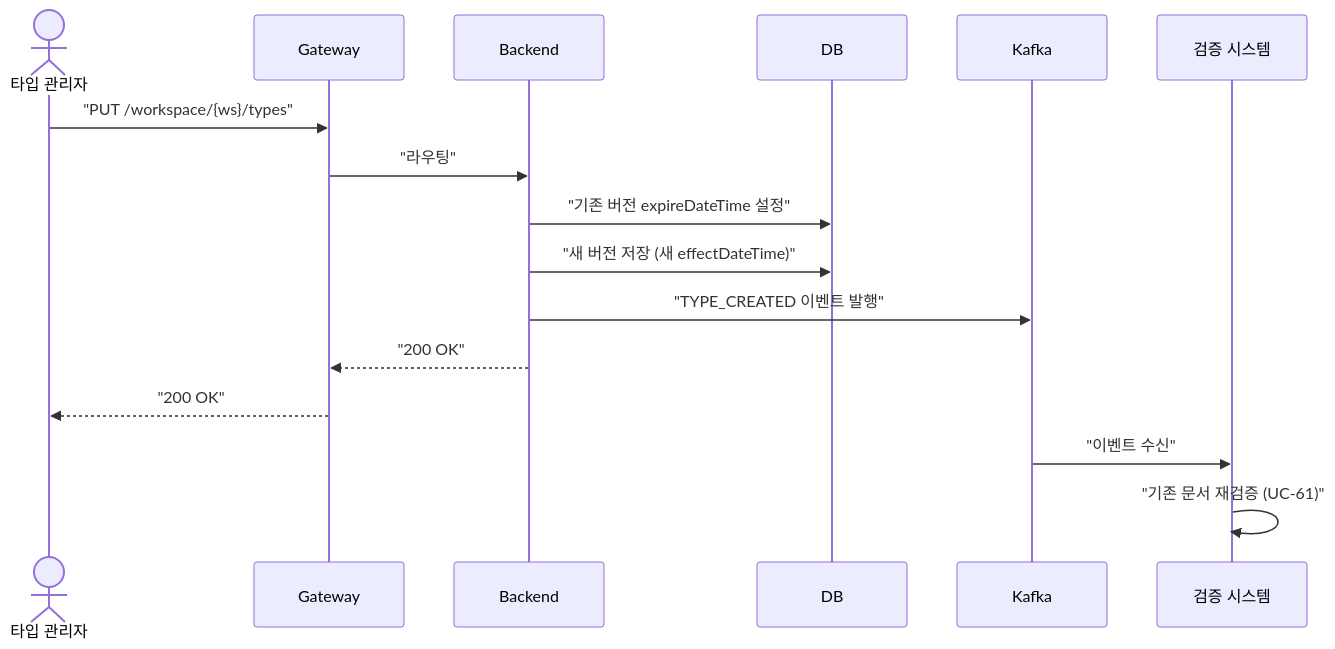
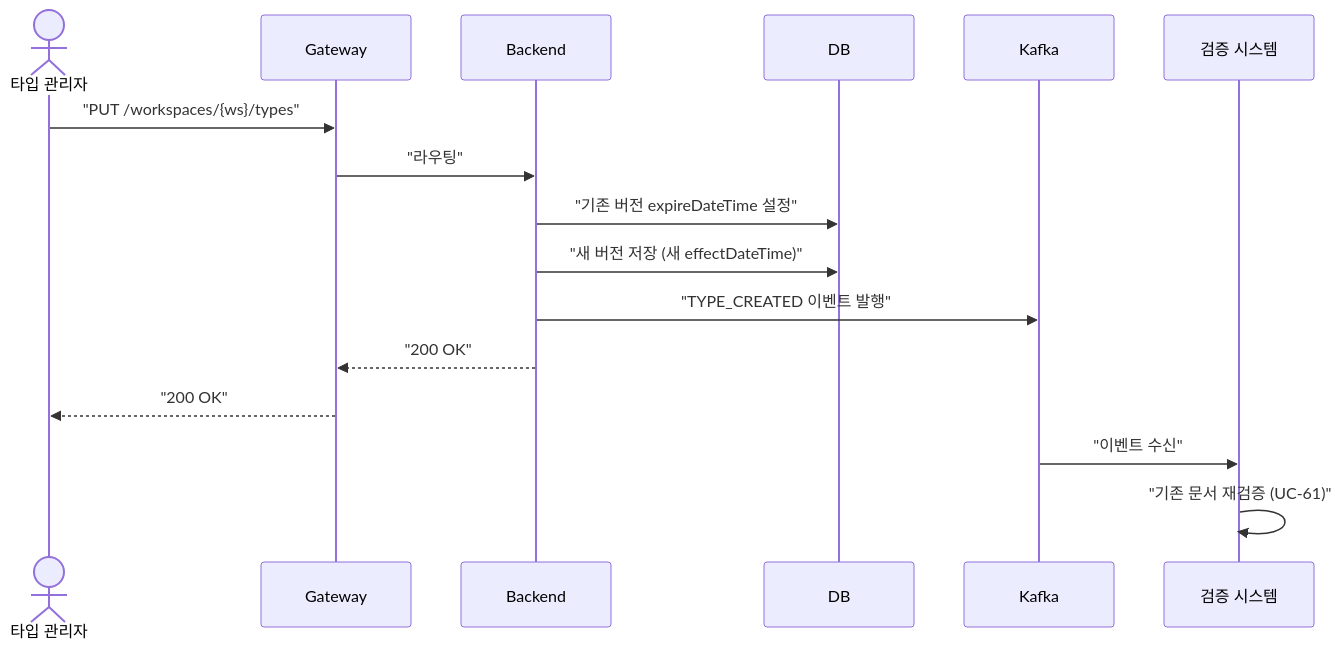
Before and after one commit to sayaya1090/handbook: the tenth of 28 diagrams in docs/usecases.md, drawn with Mermaid. The commit also changed other lines of this file and 58 other files, not shown here.

````diff
--- a/docs/usecases.md
+++ b/docs/usecases.md
@@ -720,19 +720,19 @@
 ```mermaid
 sequenceDiagram
     actor TM as 타입 관리자
     participant GW as Gateway
     participant API as Backend
     participant DB
     participant Kafka
     participant V as 검증 시스템
 
-    TM->>GW: "PUT /workspace/{ws}/types"
+    TM->>GW: "PUT /workspaces/{ws}/types"
     GW->>API: "라우팅"
     API->>DB: "기존 버전 expireDateTime 설정"
     API->>DB: "새 버전 저장 (새 effectDateTime)"
     API->>Kafka: "TYPE_CREATED 이벤트 발행"
     API-->>GW: "200 OK"
     GW-->>TM: "200 OK"
     Kafka->>V: "이벤트 수신"
     V->>V: "기존 문서 재검증 (UC-61)"
 ```
````
